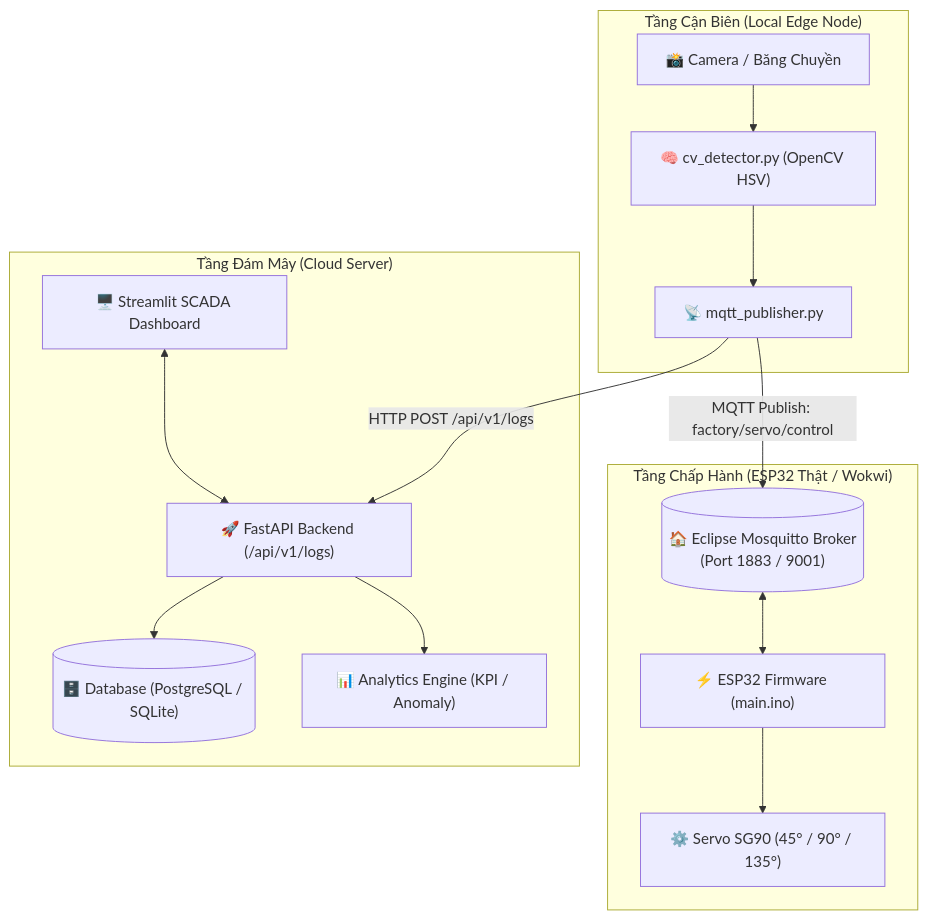
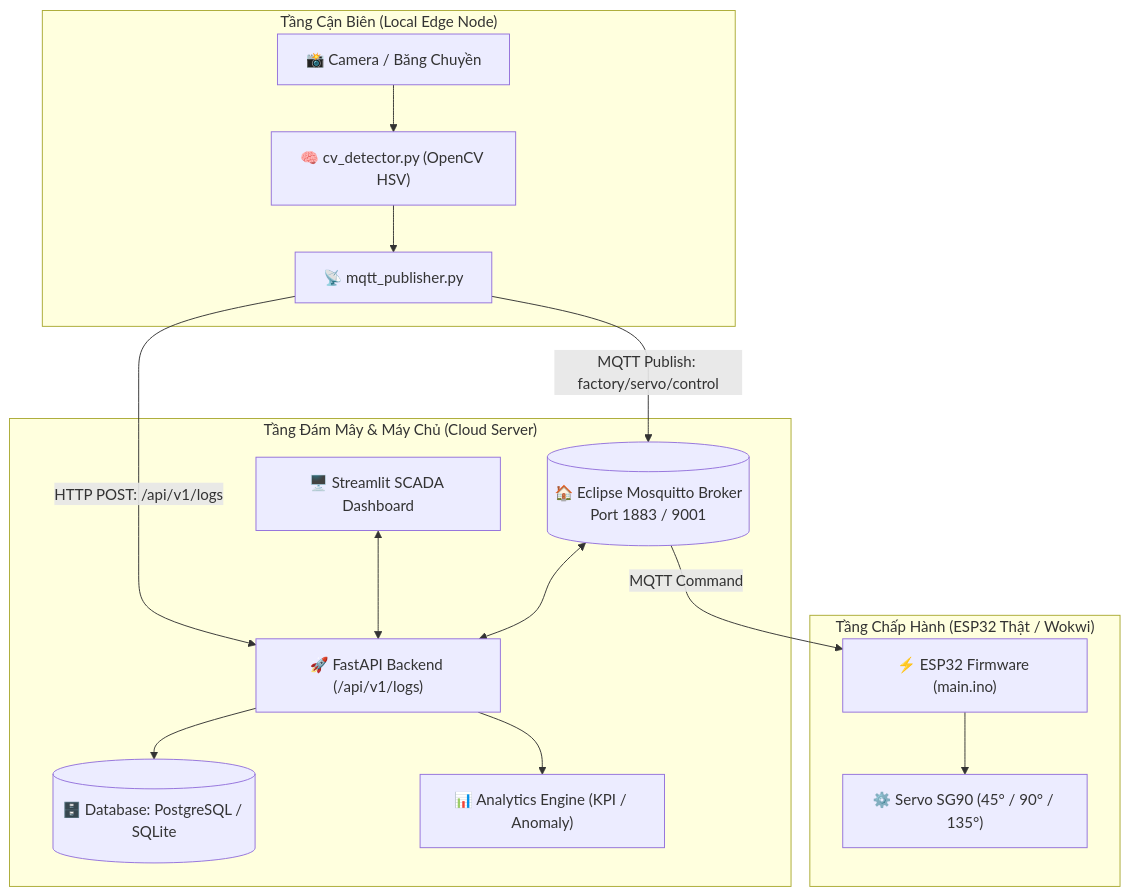
One commit to KhanhTLN/IOT-System changed the diagram in README.md. Above: the diagram before and after it, drawn with Mermaid.

Commit message:
docs: update README.md about replacing HiveMqtt by MosquittoMqtt

````diff
--- a/README.md
+++ b/README.md
@@ -30,26 +30,28 @@
 ```mermaid
 flowchart TD
     subgraph Local_Edge ["Tầng Cận Biên (Local Edge Node)"]
         Cam["📸 Camera / Băng Chuyền"] --> CV["🧠 cv_detector.py (OpenCV HSV)"]
         CV --> MQTT_Pub["📡 mqtt_publisher.py"]
     end
 
     subgraph Hardware_Actuator ["Tầng Chấp Hành (ESP32 Thật / Wokwi)"]
-        Broker[("🏠 Eclipse Mosquitto Broker\n(Port 1883 / 9001)")] <--> ESP["⚡ ESP32 Firmware (main.ino)"]
-        ESP --> Servo["⚙️ Servo SG90 (45° / 90° / 135°)"]
+        ESP["⚡ ESP32 Firmware (main.ino)"] --> Servo["⚙️ Servo SG90 (45° / 90° / 135°)"]
     end
 
-    subgraph Cloud_Layer ["Tầng Đám Mây (Cloud Server)"]
+    subgraph Cloud_Layer ["Tầng Đám Mây & Máy Chủ (Cloud Server)"]
+        Broker[("🏠 Eclipse Mosquitto Broker<br/>Port 1883 / 9001")]
         API["🚀 FastAPI Backend (/api/v1/logs)"]
-        DB[("🗄️ Database (PostgreSQL / SQLite)")]
+        DB[("🗄️ Database: PostgreSQL / SQLite")]
         Analytics["📊 Analytics Engine (KPI / Anomaly)"]
         Dashboard["🖥️ Streamlit SCADA Dashboard"]
         
+        Broker <--> API
         API --> DB
         API --> Analytics
         Dashboard <--> API
     end
 
-    MQTT_Pub -->|MQTT Publish: factory/servo/control| Broker
-    MQTT_Pub -->|HTTP POST /api/v1/logs| API
+    MQTT_Pub -->|"MQTT Publish: factory/servo/control"| Broker
+    Broker -->|"MQTT Command"| ESP
+    MQTT_Pub -->|"HTTP POST: /api/v1/logs"| API
 ```
````
